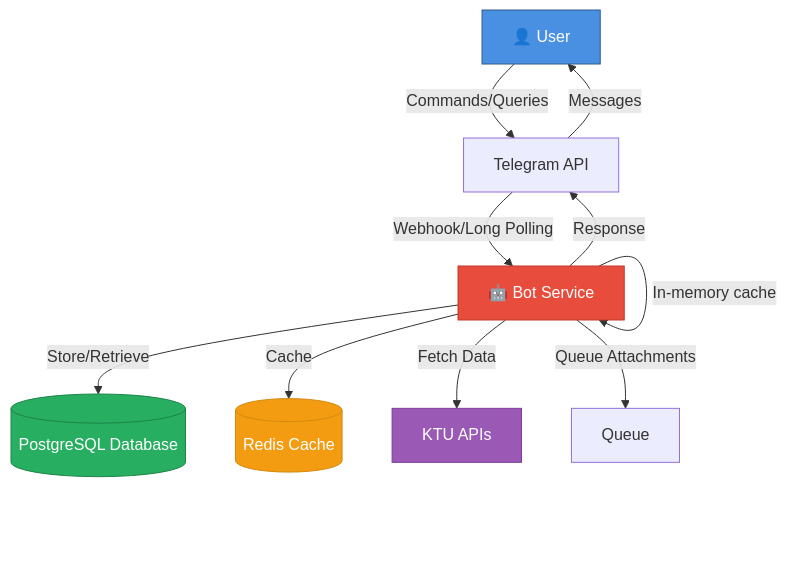
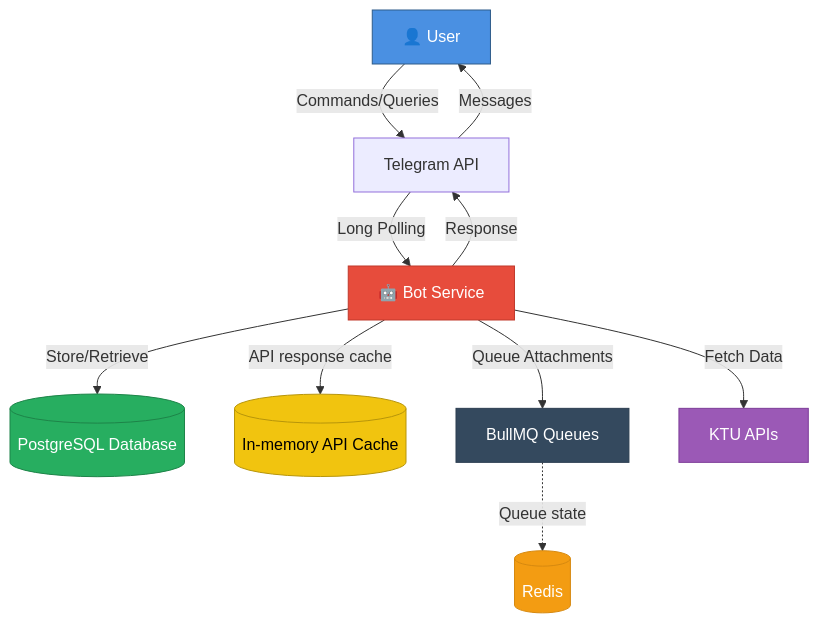
One commit to devadathanmb/ktu-bot changed the first of 2 diagrams in docs/working.md. Above: the diagram before and after it, drawn with Mermaid. The commit also changed other lines of this file and 2 other files, not shown here.

First line of the commit message:
docs: refresh agent guidance and architecture docs

````diff
--- a/docs/working.md
+++ b/docs/working.md
@@ -24,25 +24,29 @@
 ```mermaid
 graph TB
     User[👤 User]
     TG[Telegram API]
     Bot[🤖 Bot Service]
     DB[(PostgreSQL Database)]
-    Redis[(Redis Cache)]
+    ApiCache[(In-memory API Cache)]
+    Queue[BullMQ Queues]
+    Redis[(Redis)]
     KTU[KTU APIs]
 
     User -->|Commands/Queries| TG
-    TG -->|Webhook/Long Polling| Bot
+    TG -->|Long Polling| Bot
     Bot -->|Fetch Data| KTU
     Bot -->|Store/Retrieve| DB
-    Bot -->|In-memory cache| Bot
-    Bot -->|Cache| Redis
+    Bot -->|API response cache| ApiCache
     Bot -->|Queue Attachments| Queue
     Bot -->|Response| TG
     TG -->|Messages| User
+    Queue -.->|Queue state| Redis
 
     style User fill:#4a90e2,stroke:#2e5c8a,color:#fff
     style Bot fill:#e74c3c,stroke:#c0392b,color:#fff
     style DB fill:#27ae60,stroke:#1e8449,color:#fff
+    style ApiCache fill:#f1c40f,stroke:#b7950b,color:#000
+    style Queue fill:#34495e,stroke:#2c3e50,color:#fff
     style Redis fill:#f39c12,stroke:#d68910,color:#fff
     style KTU fill:#9b59b6,stroke:#7d3c98,color:#fff
 ```
````
